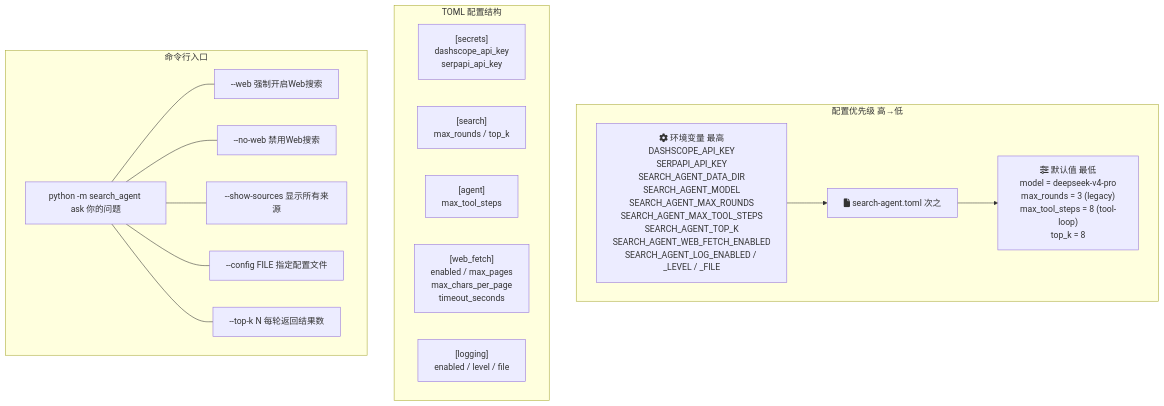
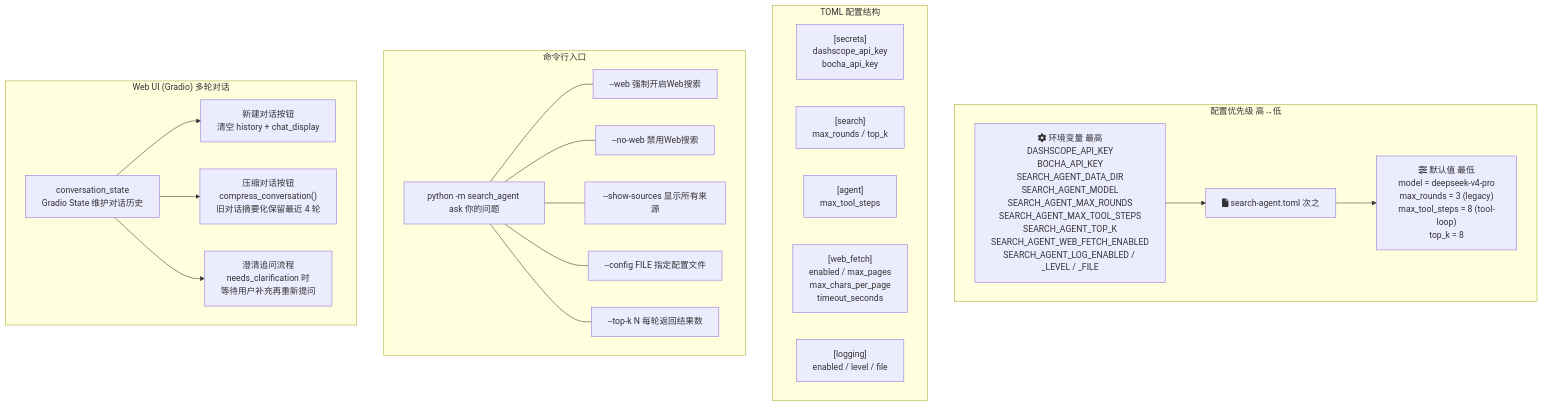
Before and after one commit to taohong000/search_agent: the seventh of 8 diagrams in 项目流程图.md, drawn with Mermaid. The commit also changed other lines of this file and 2 other files, not shown here.

Commit message:
Enhance clarification system prompt to require region for local policy questions and update related tests. Improve flowchart documentation with additional clarification gate and conversation history features.

````diff
--- a/项目流程图.md
+++ b/项目流程图.md
@@ -285,31 +306,41 @@
 ```mermaid
 flowchart TD
     subgraph Config["配置优先级 高→低"]
-        C1["fa:fa-cog 环境变量 最高<br>DASHSCOPE_API_KEY<br>SERPAPI_API_KEY<br>SEARCH_AGENT_DATA_DIR<br>SEARCH_AGENT_MODEL<br>SEARCH_AGENT_MAX_ROUNDS<br>SEARCH_AGENT_MAX_TOOL_STEPS<br>SEARCH_AGENT_TOP_K<br>SEARCH_AGENT_WEB_FETCH_ENABLED<br>SEARCH_AGENT_LOG_ENABLED / _LEVEL / _FILE"]
+        C1["fa:fa-cog 环境变量 最高<br>DASHSCOPE_API_KEY<br>BOCHA_API_KEY<br>SEARCH_AGENT_DATA_DIR<br>SEARCH_AGENT_MODEL<br>SEARCH_AGENT_MAX_ROUNDS<br>SEARCH_AGENT_MAX_TOOL_STEPS<br>SEARCH_AGENT_TOP_K<br>SEARCH_AGENT_WEB_FETCH_ENABLED<br>SEARCH_AGENT_LOG_ENABLED / _LEVEL / _FILE"]
         C2["fa:fa-file search-agent.toml 次之"]
         C3["fa:fa-sliders 默认值 最低<br>model = deepseek-v4-pro<br>max_rounds = 3 (legacy)<br>max_tool_steps = 8 (tool-loop)<br>top_k = 8"]
         C1 --> C2 --> C3
     end
 
     subgraph TOML["TOML 配置结构"]
-        T1["[secrets]<br>dashscope_api_key<br>serpapi_api_key"]
+        T1["[secrets]<br>dashscope_api_key<br>bocha_api_key"]
         T2["[search]<br>max_rounds / top_k"]
         T3["[agent]<br>max_tool_steps"]
         T4["[web_fetch]<br>enabled / max_pages<br>max_chars_per_page<br>timeout_seconds"]
         T5["[logging]<br>enabled / level / file"]
     end
 
     subgraph CLI["命令行入口"]
         CL1["python -m search_agent ask 你的问题"]
         CL2["--web          强制开启Web搜索"]
         CL3["--no-web       禁用Web搜索"]
         CL4["--show-sources 显示所有来源"]
         CL5["--config FILE  指定配置文件"]
         CL6["--top-k N      每轮返回结果数"]
         CL1 --- CL2
         CL1 --- CL3
         CL1 --- CL4
         CL1 --- CL5
         CL1 --- CL6
     end
+
+    subgraph WebUI["Web UI (Gradio) 多轮对话"]
+        W1["conversation_state<br>Gradio State 维护对话历史"]
+        W2["新建对话按钮<br>清空 history + chat_display"]
+        W3["压缩对话按钮<br>compress_conversation()<br>旧对话摘要化保留最近 4 轮"]
+        W4["澄清追问流程<br>needs_clarification 时<br>等待用户补充再重新提问"]
+        W1 --> W2
+        W1 --> W3
+        W1 --> W4
+    end
 ```
````
